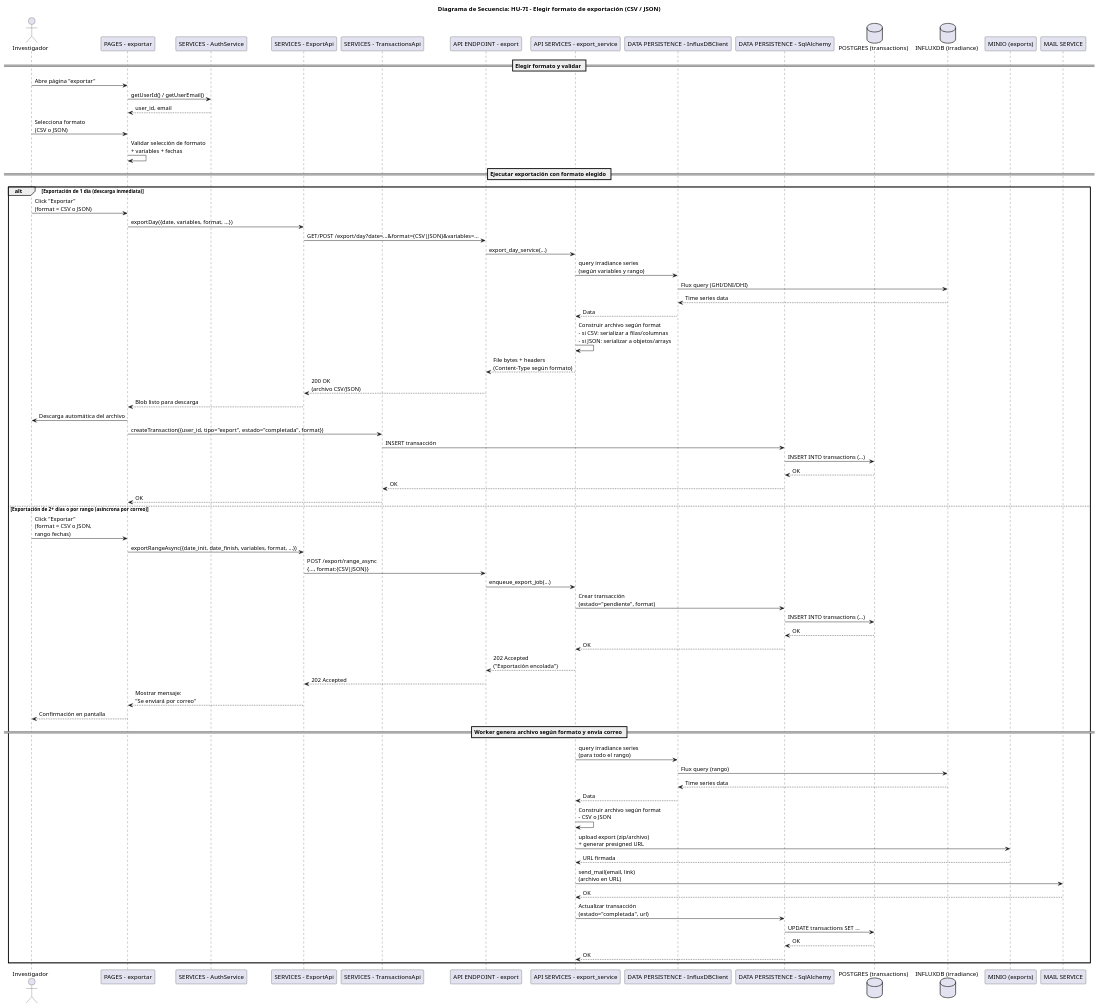
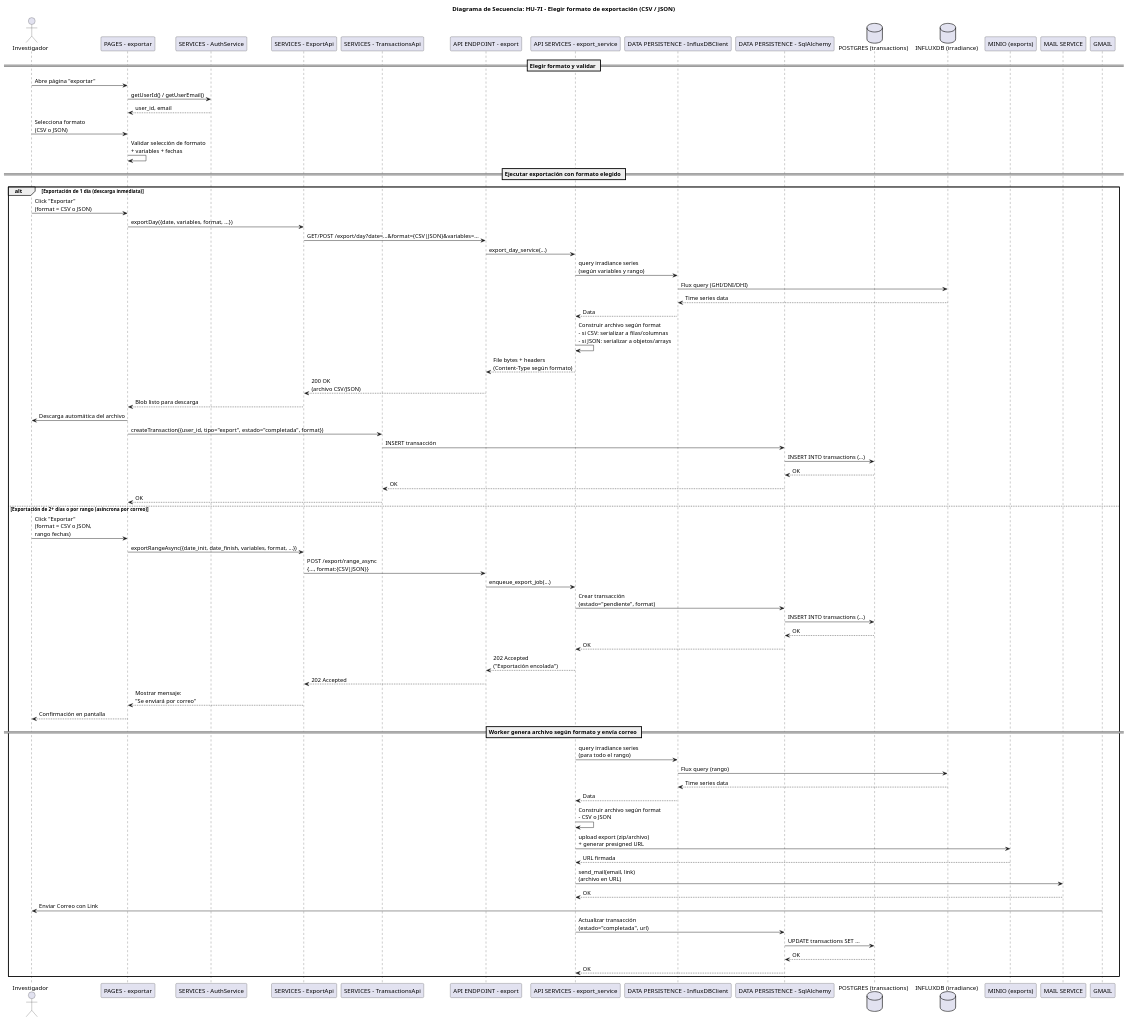
Before and after one commit to Niik4466/SolarWeb: the diagram in docs/diagrama_secuencia/sprint3/HU-7I.wsd, drawn with PlantUML. The commit also changed 5 other files, not shown here.

Commit message:
Revisados diagramas de secuencia

```diff
--- a/docs/diagrama_secuencia/sprint3/HU-7I.wsd
+++ b/docs/diagrama_secuencia/sprint3/HU-7I.wsd
@@ -1,96 +1,97 @@
 @startuml
 title Diagrama de Secuencia: HU-7I - Elegir formato de exportación (CSV / JSON)
 
 actor Investigador
 participant UI as "PAGES - exportar"
 participant FE_Auth as "SERVICES - AuthService"
 participant FE_Export as "SERVICES - ExportApi"
 participant FE_Tx as "SERVICES - TransactionsApi"
 
 participant ENDPOINT as "API ENDPOINT - export"
 participant SERVICES as "API SERVICES - export_service"
 
 participant Influx as "DATA PERSISTENCE - InfluxDBClient"
 participant SQL as "DATA PERSISTENCE - SqlAlchemy"
 database PG as "POSTGRES (transactions)"
 database TS as "INFLUXDB (irradiance)"
 
 participant MinIO as "MINIO (exports)"
 participant Mail as "MAIL SERVICE"
 
 == Elegir formato y validar ==
 
 Investigador -> UI : Abre página "exportar"
 UI -> FE_Auth : getUserId() / getUserEmail()
 FE_Auth --> UI : user_id, email
 
 Investigador -> UI : Selecciona formato\n(CSV o JSON)
 UI -> UI : Validar selección de formato\n+ variables + fechas
 
 == Ejecutar exportación con formato elegido ==
 
 alt Exportación de 1 día (descarga inmediata)
     Investigador -> UI : Click "Exportar"\n(format = CSV o JSON)
 
     UI -> FE_Export : exportDay({date, variables, format, ...})
     FE_Export -> ENDPOINT : GET/POST /export/day?date=...&format={CSV|JSON}&variables=...
 
     ENDPOINT -> SERVICES : export_day_service(...)
     SERVICES -> Influx : query irradiance series\n(según variables y rango)
     Influx -> TS : Flux query (GHI/DNI/DHI)
     TS --> Influx : Time series data
     Influx --> SERVICES : Data
 
     SERVICES -> SERVICES : Construir archivo según format\n- si CSV: serializar a filas/columnas\n- si JSON: serializar a objetos/arrays
 
     SERVICES --> ENDPOINT : File bytes + headers\n(Content-Type según formato)
     ENDPOINT --> FE_Export : 200 OK\n(archivo CSV/JSON)
 
     FE_Export --> UI : Blob listo para descarga
     UI -> Investigador : Descarga automática del archivo
 
     UI -> FE_Tx : createTransaction({user_id, tipo="export", estado="completada", format})
     FE_Tx -> SQL : INSERT transacción
     SQL -> PG : INSERT INTO transactions (...)
     PG --> SQL : OK
     SQL --> FE_Tx : OK
     FE_Tx --> UI : OK
 
 else Exportación de 2+ días o por rango (asíncrona por correo)
     Investigador -> UI : Click "Exportar"\n(format = CSV o JSON,\nrango fechas)
 
     UI -> FE_Export : exportRangeAsync({date_init, date_finish, variables, format, ...})
     FE_Export -> ENDPOINT : POST /export/range_async\n{..., format:{CSV|JSON}}
 
     ENDPOINT -> SERVICES : enqueue_export_job(...)
     SERVICES -> SQL : Crear transacción\n(estado="pendiente", format)
     SQL -> PG : INSERT INTO transactions (...)
     PG --> SQL : OK
     SQL --> SERVICES : OK
 
     SERVICES --> ENDPOINT : 202 Accepted\n("Exportación encolada")
     ENDPOINT --> FE_Export : 202 Accepted
     FE_Export --> UI : Mostrar mensaje:\n"Se enviará por correo"
     UI --> Investigador : Confirmación en pantalla
 
     == Worker genera archivo según formato y envía correo ==
 
     SERVICES -> Influx : query irradiance series\n(para todo el rango)
     Influx -> TS : Flux query (rango)
     TS --> Influx : Time series data
     Influx --> SERVICES : Data
 
     SERVICES -> SERVICES : Construir archivo según format\n- CSV o JSON
     SERVICES -> MinIO : upload export (zip/archivo)\n+ generar presigned URL
     MinIO --> SERVICES : URL firmada
 
     SERVICES -> Mail : send_mail(email, link)\n(archivo en URL)
     Mail --> SERVICES : OK
+    GMAIL -> Investigador : Enviar Correo con Link
 
     SERVICES -> SQL : Actualizar transacción\n(estado="completada", url)
     SQL -> PG : UPDATE transactions SET ...
     PG --> SQL : OK
     SQL --> SERVICES : OK
 end
 
 @enduml
```
